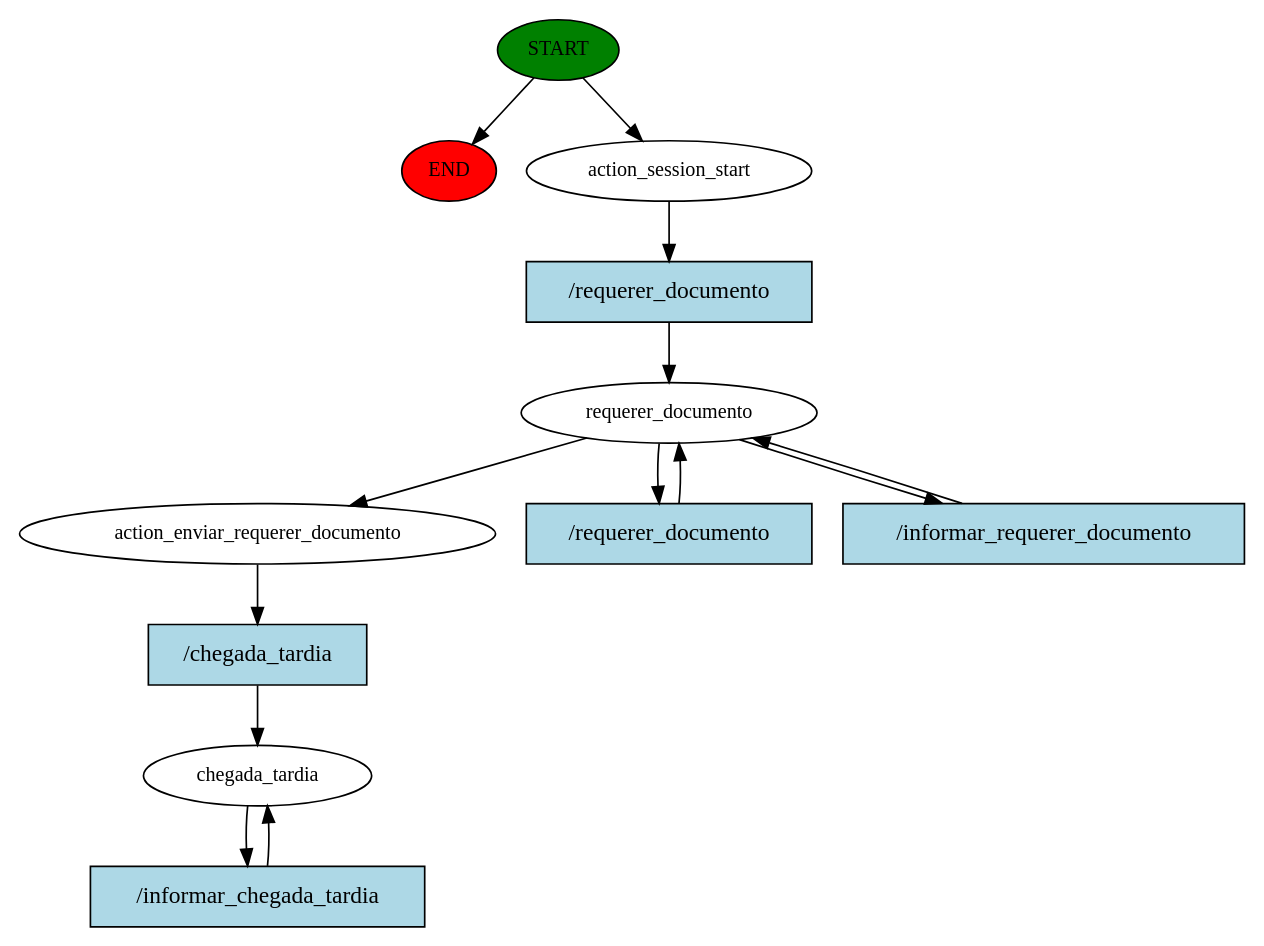
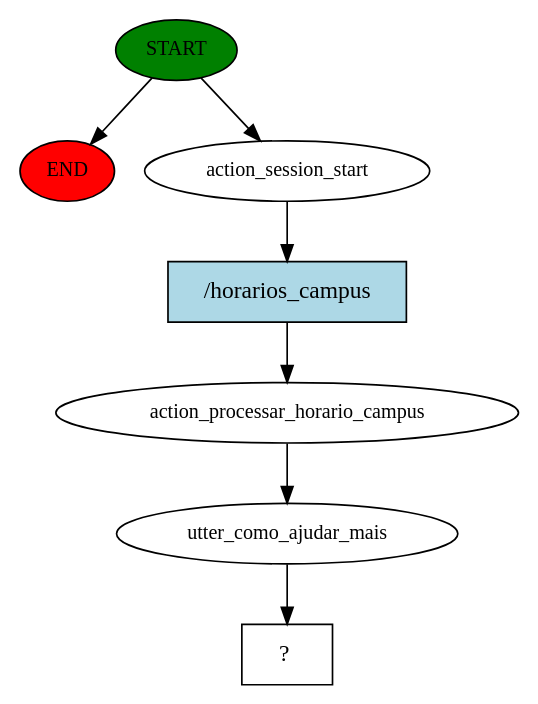
One commit to ifscbot/rasa-project changed the diagram in story_graph.dot. Above: the diagram before and after it, drawn with Graphviz. The commit also changed 3 other files, not shown here.

```diff
--- a/story_graph.dot
+++ b/story_graph.dot
@@ -1,26 +1,15 @@
 digraph  {
 0 [class="start active", fillcolor=green, fontsize=12, label=START, style=filled];
 "-1" [class=end, fillcolor=red, fontsize=12, label=END, style=filled];
 1 [class=active, fontsize=12, label=action_session_start];
-2 [class=active, fontsize=12, label=requerer_documento];
-5 [class=active, fontsize=12, label=action_enviar_requerer_documento];
-6 [class="active dashed", fontsize=12, label=chegada_tardia];
-8 [class="intent active", fillcolor=lightblue, label="/requerer_documento", shape=rect, style=filled];
-9 [class="intent active", fillcolor=lightblue, label="/requerer_documento", shape=rect, style=filled];
-10 [class="intent active", fillcolor=lightblue, label="/informar_requerer_documento", shape=rect, style=filled];
-11 [class="intent active", fillcolor=lightblue, label="/chegada_tardia", shape=rect, style=filled];
-12 [class="intent active", fillcolor=lightblue, label="/informar_chegada_tardia", shape=rect, style=filled];
+2 [class=active, fontsize=12, label=action_processar_horario_campus];
+3 [class=active, fontsize=12, label=utter_como_ajudar_mais];
+4 [class="intent dashed active", label="  ?  ", shape=rect];
+5 [class="intent active", fillcolor=lightblue, label="/horarios_campus", shape=rect, style=filled];
 0 -> "-1"  [class="", key=NONE, label=""];
 0 -> 1  [class=active, key=NONE, label=""];
-1 -> 8  [class=active, key=0];
-2 -> 5  [class=active, key=NONE, label=""];
-2 -> 9  [class=active, key=0];
-2 -> 10  [class=active, key=0];
-5 -> 11  [class=active, key=0];
-6 -> 12  [class=active, key=0];
-8 -> 2  [class=active, key=0];
-9 -> 2  [class=active, key=0];
-10 -> 2  [class=active, key=0];
-11 -> 6  [class=active, key=0];
-12 -> 6  [class=active, key=0];
+1 -> 5  [class=active, key=0];
+2 -> 3  [class=active, key=NONE, label=""];
+3 -> 4  [class=active, key=NONE, label=""];
+5 -> 2  [class=active, key=0];
 }
```
